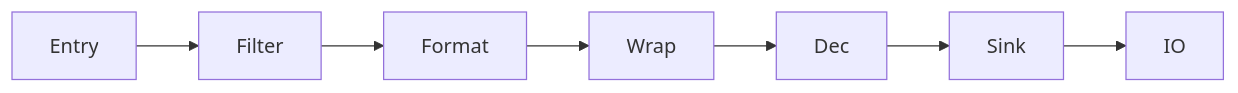
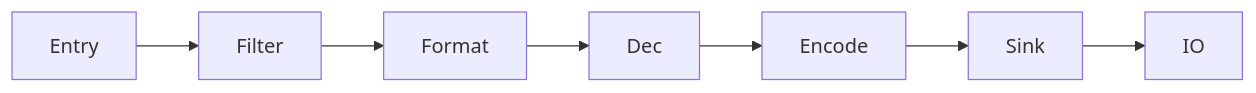
One commit to pooriaaskarim/logd changed the first of 2 diagrams in doc/handler/architecture.md. Above: the diagram before and after it, drawn with Mermaid. The commit also changed other lines of this file and 183 other files, not shown here.

````diff
--- a/doc/handler/architecture.md
+++ b/doc/handler/architecture.md
@@ -9,4 +9,4 @@
 ```mermaid
 flowchart LR
-    Entry --> Filter --> Format --> Wrap --> Dec --> Sink --> IO
+    Entry --> Filter --> Format --> Dec --> Encode --> Sink --> IO
 ```
````
